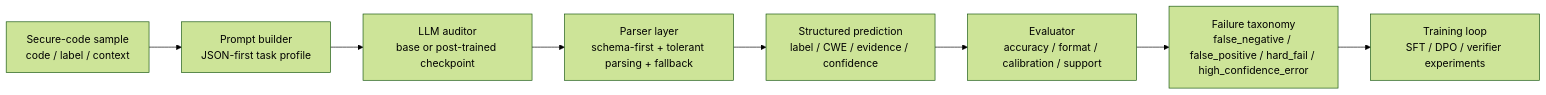
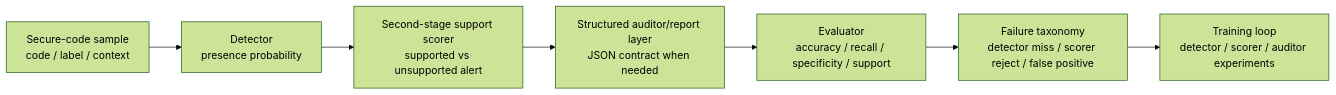
One commit to cyb2oo2/verisec-forge changed the diagram in README.md. Above: the diagram before and after it, drawn with Mermaid (forest theme). The commit also changed other lines of this file and 13 other files, not shown here.

Commit message:
Clarify support scorer terminology

````diff
--- a/README.md
+++ b/README.md
@@ -115,10 +121,9 @@
 ```mermaid
 flowchart LR
-  A["Secure-code sample<br/>code / label / context"] --> B["Prompt builder<br/>JSON-first task profile"]
-  B --> C["LLM auditor<br/>base or post-trained checkpoint"]
-  C --> D["Parser layer<br/>schema-first + tolerant parsing + fallback"]
-  D --> E["Structured prediction<br/>label / CWE / evidence / confidence"]
-  E --> F["Evaluator<br/>accuracy / format / calibration / support"]
-  F --> G["Failure taxonomy<br/>false_negative / false_positive / hard_fail / high_confidence_error"]
-  G --> H["Training loop<br/>SFT / DPO / verifier experiments"]
+  A["Secure-code sample<br/>code / label / context"] --> B["Detector<br/>presence probability"]
+  B --> C["Second-stage support scorer<br/>supported vs unsupported alert"]
+  C --> D["Structured auditor/report layer<br/>JSON contract when needed"]
+  D --> E["Evaluator<br/>accuracy / recall / specificity / support"]
+  E --> F["Failure taxonomy<br/>detector miss / scorer reject / false positive"]
+  F --> G["Training loop<br/>detector / scorer / auditor experiments"]
 ```
````
